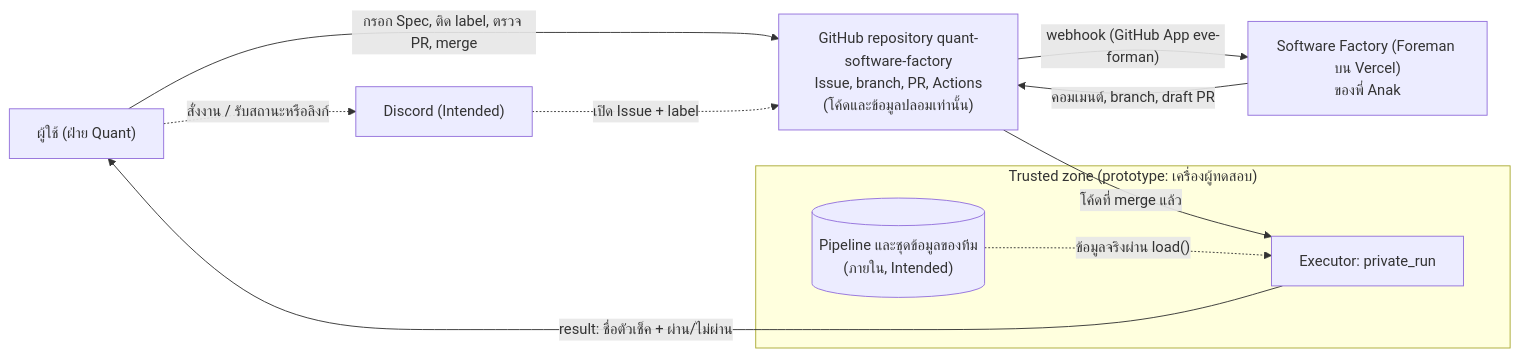
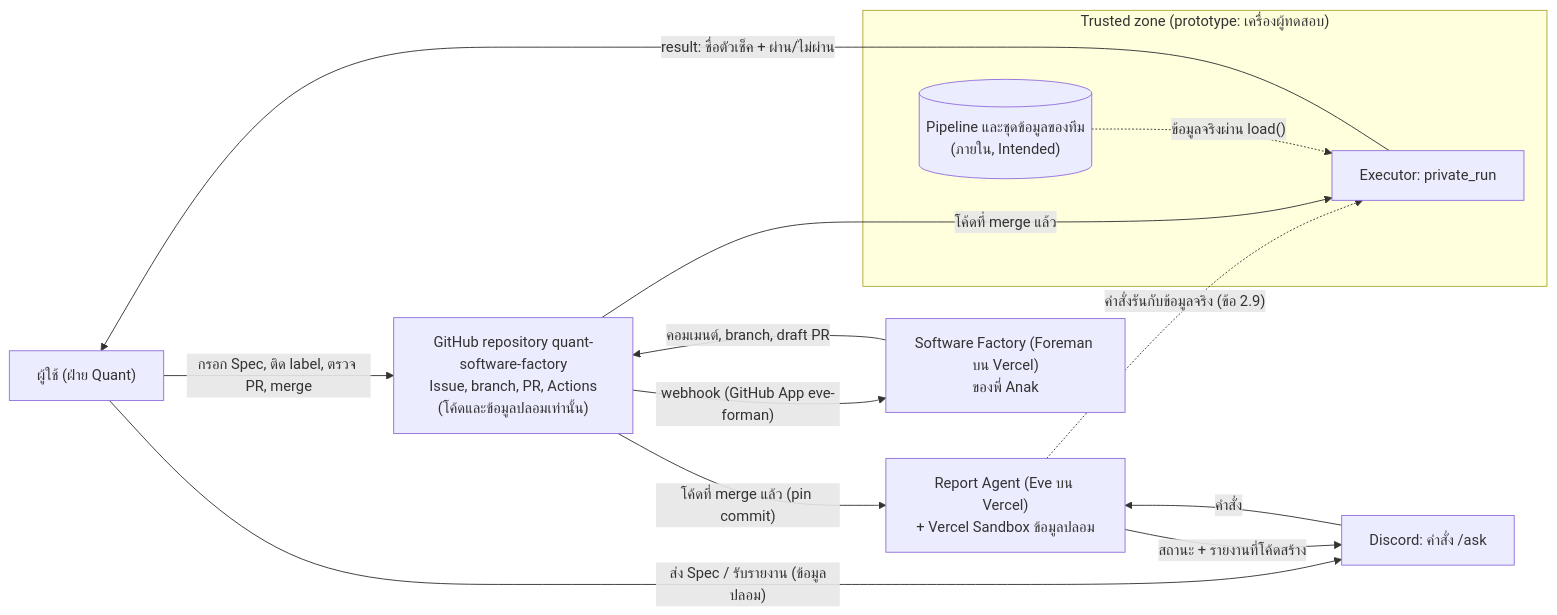
The fourth of 7 diagrams in docs/4-software-design.md (Awannaphasch2016/quant-software-factory), drawn with Mermaid before and after one commit. The commit also changed other lines of this file and 7 other files, not shown here.

First line of the commit message:
docs: v1.4 for Human Iteration 2 (Report Agent and Discord)

````diff
--- a/docs/4-software-design.md
+++ b/docs/4-software-design.md
@@ -322,19 +327,23 @@
 ```mermaid
 flowchart LR
   U["ผู้ใช้ (ฝ่าย Quant)"]
-  CH["Discord (Intended)"]
+  CH["Discord: คำสั่ง /ask"]
+  RA["Report Agent (Eve บน Vercel)<br/>+ Vercel Sandbox ข้อมูลปลอม"]
   GH["GitHub repository quant-software-factory<br/>Issue, branch, PR, Actions<br/>(โค้ดและข้อมูลปลอมเท่านั้น)"]
   F["Software Factory (Foreman บน Vercel)<br/>ของพี่ Anak"]
   subgraph TZ["Trusted zone (prototype: เครื่องผู้ทดสอบ)"]
     EX["Executor: private_run"]
     P[("Pipeline และชุดข้อมูลของทีม<br/>(ภายใน, Intended)")]
   end
   U -- "กรอก Spec, ติด label, ตรวจ PR, merge" --> GH
-  U -. "สั่งงาน / รับสถานะหรือลิงก์" .-> CH
-  CH -. "เปิด Issue + label" .-> GH
+  U -- "ส่ง Spec / รับรายงาน (ข้อมูลปลอม)" --> CH
+  CH -- "คำสั่ง" --> RA
+  RA -- "สถานะ + รายงานที่โค้ดสร้าง" --> CH
+  GH -- "โค้ดที่ merge แล้ว (pin commit)" --> RA
+  RA -. "คำสั่งรันกับข้อมูลจริง (ข้อ 2.9)" .-> EX
   GH -- "webhook (GitHub App eve-forman)" --> F
   F -- "คอมเมนต์, branch, draft PR" --> GH
   GH -- "โค้ดที่ merge แล้ว" --> EX
   P -. "ข้อมูลจริงผ่าน load()" .-> EX
   EX -- "result: ชื่อตัวเช็ค + ผ่าน/ไม่ผ่าน" --> U
 ```
````
